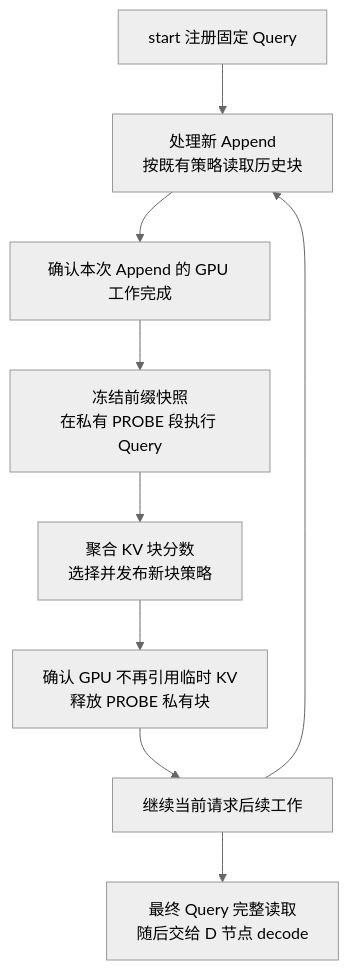
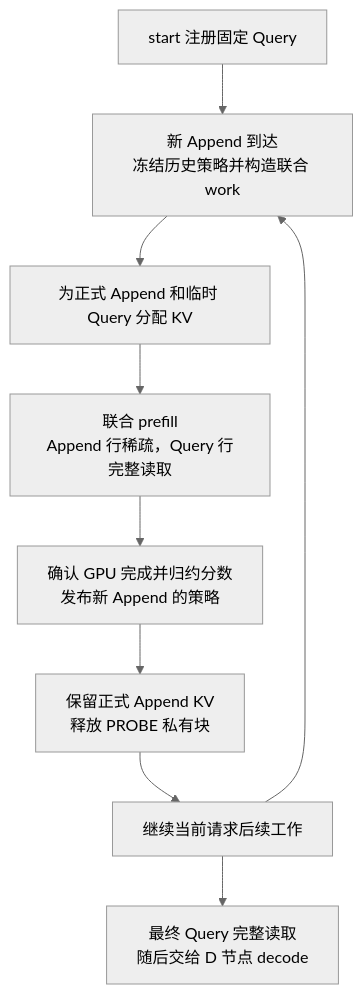
One commit to crashingby/mixed-source-stream-prefill changed the diagram in research/Chunk-Sparse.md. Above: the diagram before and after it, drawn with Mermaid (neutral theme). The commit also changed other lines of this file and 66 other files, not shown here.

````diff
--- a/research/Chunk-Sparse.md
+++ b/research/Chunk-Sparse.md
@@ -79,11 +98,11 @@
 ```mermaid
 flowchart TD
-    Start["start 注册固定 Query"] --> Append["处理新 Append<br>按既有策略读取历史块"]
-    Append --> Commit["确认本次 Append 的 GPU 工作完成"]
-    Commit --> Probe["冻结前缀快照<br>在私有 PROBE 段执行 Query"]
-    Probe --> Score["聚合 KV 块分数<br>选择并发布新块策略"]
-    Score --> Cleanup["确认 GPU 不再引用临时 KV<br>释放 PROBE 私有块"]
+    Start["start 注册固定 Query"] --> Build["新 Append 到达<br>冻结历史策略并构造联合 work"]
+    Build --> Allocate["为正式 Append 和临时 Query 分配 KV"]
+    Allocate --> Forward["联合 prefill<br>Append 行稀疏，Query 行完整读取"]
+    Forward --> Score["确认 GPU 完成并归约分数<br>发布新 Append 的策略"]
+    Score --> Cleanup["保留正式 Append KV<br>释放 PROBE 私有块"]
     Cleanup --> Next["继续当前请求后续工作"]
-    Next --> Append
+    Next --> Build
     Next --> Finish["最终 Query 完整读取<br>随后交给 D 节点 decode"]
 ```
````
